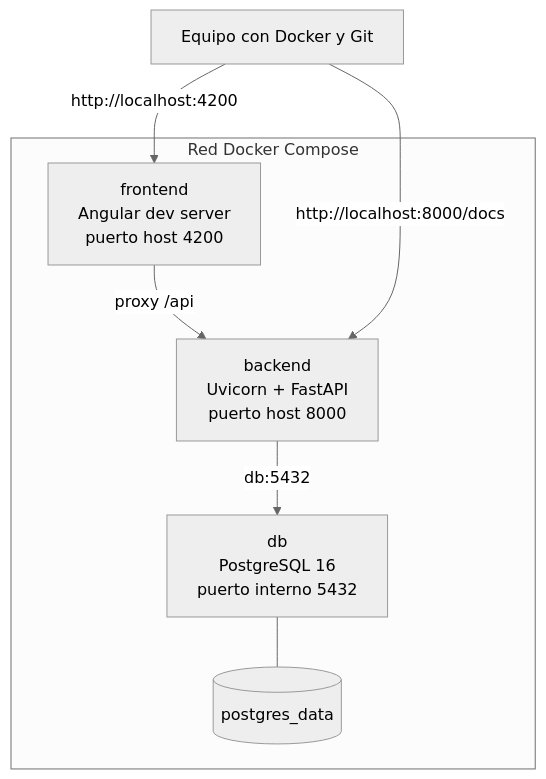
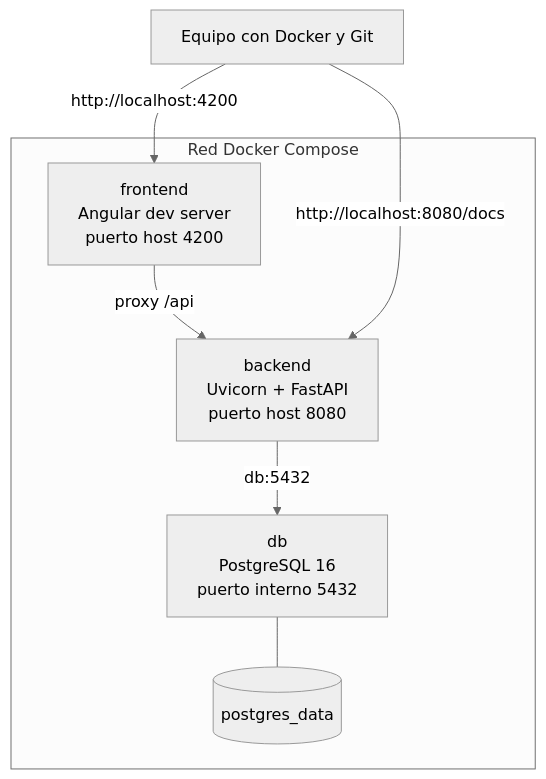
One commit to cpiescha/Autos-Colombia-Grupo-14 changed the second of 4 diagrams in docs/ARQUITECTURA_TECNICA_AUTOS_COLOMBIA.md. Above: the diagram before and after it, drawn with Mermaid (neutral theme). The commit also changed other lines of this file and 15 other files, not shown here.

````diff
--- a/docs/ARQUITECTURA_TECNICA_AUTOS_COLOMBIA.md
+++ b/docs/ARQUITECTURA_TECNICA_AUTOS_COLOMBIA.md
@@ -190,18 +191,18 @@
 ```mermaid
 flowchart TB
     HOST[Equipo con Docker y Git]
 
     subgraph COMPOSE[Red Docker Compose]
         FRONT[frontend\nAngular dev server\npuerto host 4200]
-        BACK[backend\nUvicorn + FastAPI\npuerto host 8000]
+        BACK[backend\nUvicorn + FastAPI\npuerto host 8080]
         DB[db\nPostgreSQL 16\npuerto interno 5432]
         VOL[(postgres_data)]
 
         FRONT -->|proxy /api| BACK
         BACK -->|db:5432| DB
         DB --- VOL
     end
 
     HOST -->|http://localhost:4200| FRONT
-    HOST -->|http://localhost:8000/docs| BACK
+    HOST -->|http://localhost:8080/docs| BACK
 ```
````
